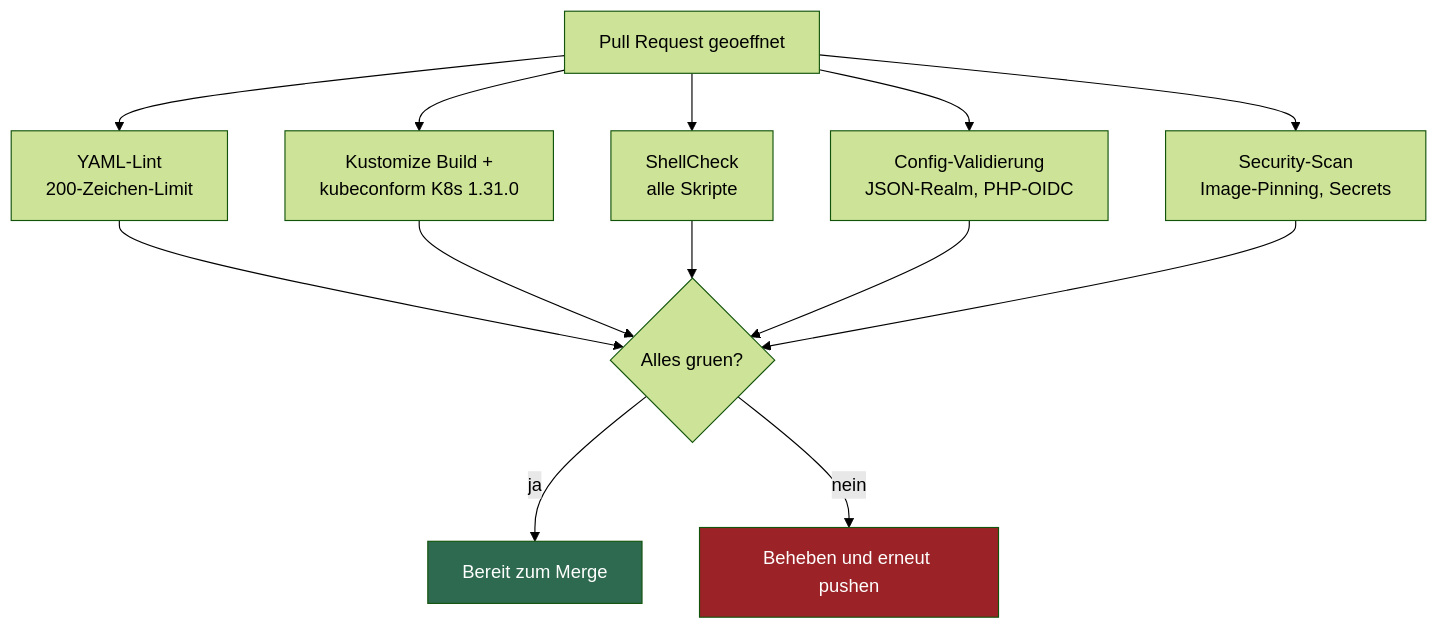
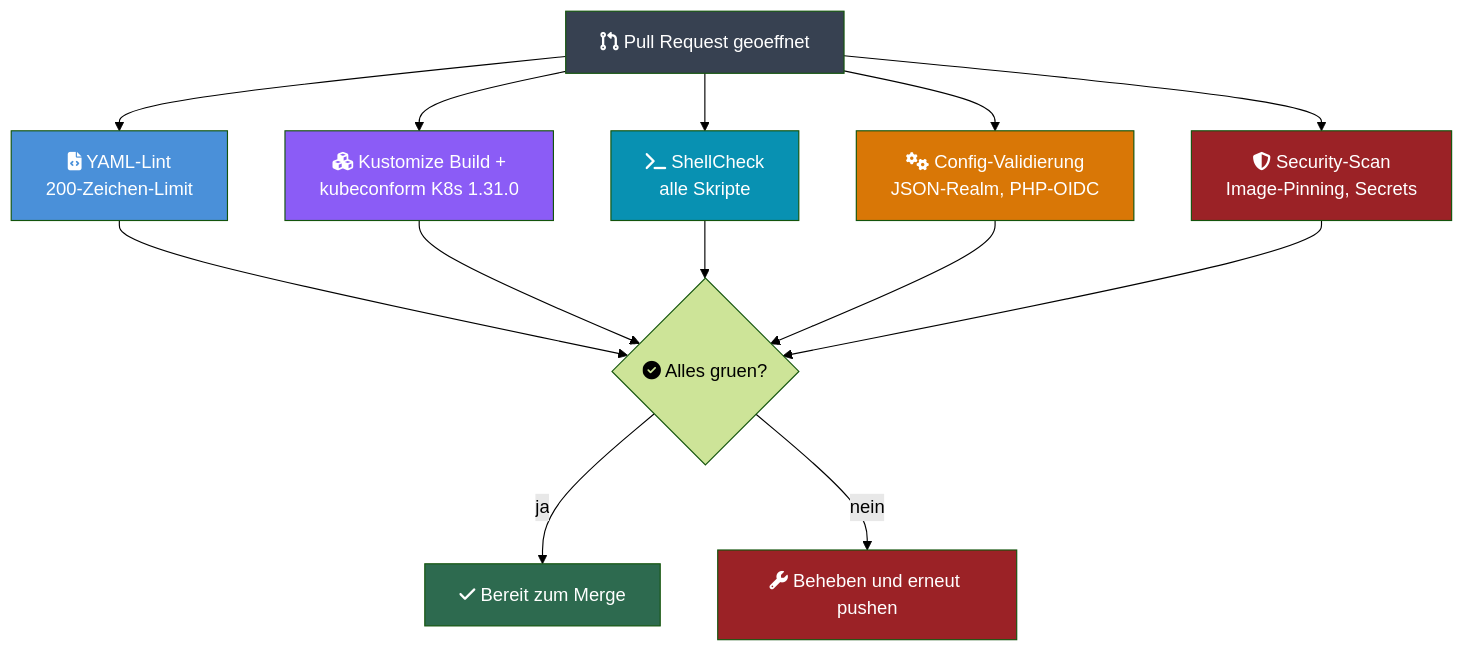
One commit to Paddione/Bachelorprojekt changed the second of 2 diagrams in CONTRIBUTING.md. Above: the diagram before and after it, drawn with Mermaid (forest theme). The commit also changed other lines of this file and 6 other files, not shown here.

First line of the commit message:
docs: Dokumentation ins Deutsche übersetzen und Mermaid-Diagramme visuell aufwerten

````diff
--- a/CONTRIBUTING.md
+++ b/CONTRIBUTING.md
@@ -62,15 +68,21 @@
 ```mermaid
 flowchart TB
-    PR[Pull Request geoeffnet] --> YAML[YAML-Lint<br/>200-Zeichen-Limit]
-    PR --> KUSTOMIZE[Kustomize Build +<br/>kubeconform K8s 1.31.0]
-    PR --> SHELL[ShellCheck<br/>alle Skripte]
-    PR --> CONFIG[Config-Validierung<br/>JSON-Realm, PHP-OIDC]
-    PR --> SECURITY[Security-Scan<br/>Image-Pinning, Secrets]
+    PR["fa:fa-code-pull-request Pull Request geoeffnet"] --> YAML["fa:fa-file-code YAML-Lint<br/>200-Zeichen-Limit"]
+    PR --> KUSTOMIZE["fa:fa-cubes Kustomize Build +<br/>kubeconform K8s 1.31.0"]
+    PR --> SHELL["fa:fa-terminal ShellCheck<br/>alle Skripte"]
+    PR --> CONFIG["fa:fa-cogs Config-Validierung<br/>JSON-Realm, PHP-OIDC"]
+    PR --> SECURITY["fa:fa-shield-halved Security-Scan<br/>Image-Pinning, Secrets"]
 
-    YAML & KUSTOMIZE & SHELL & CONFIG & SECURITY --> RESULT{Alles gruen?}
-    RESULT -->|ja| MERGE[Bereit zum Merge]
-    RESULT -->|nein| FIX[Beheben und erneut pushen]
+    YAML & KUSTOMIZE & SHELL & CONFIG & SECURITY --> RESULT{"fa:fa-circle-check Alles gruen?"}
+    RESULT -->|ja| MERGE["fa:fa-check Bereit zum Merge"]
+    RESULT -->|nein| FIX["fa:fa-wrench Beheben und erneut pushen"]
 
+    style PR fill:#374151,color:#fff
+    style YAML fill:#4a90d9,color:#fff
+    style KUSTOMIZE fill:#8b5cf6,color:#fff
+    style SHELL fill:#0891b2,color:#fff
+    style CONFIG fill:#d97706,color:#fff
+    style SECURITY fill:#9b2226,color:#fff
     style MERGE fill:#2d6a4f,color:#fff
     style FIX fill:#9b2226,color:#fff
 ```
````
